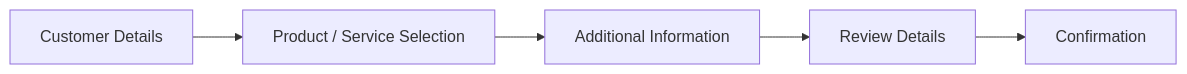
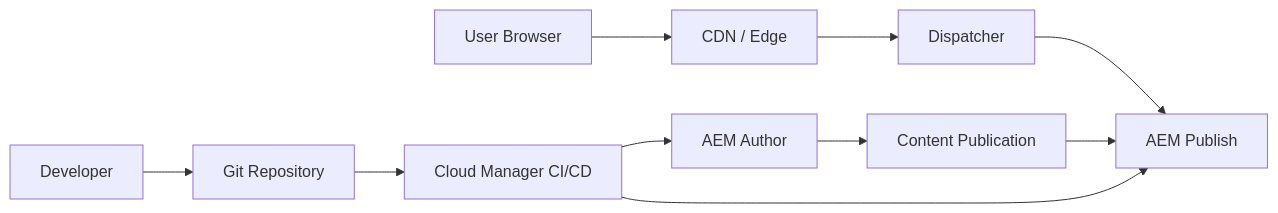
The diagram in README.md (sumanthkiran91/aem-enterprise-development-showcase), drawn with Mermaid before and after one commit. The commit also changed other lines of this file and 133 other files, not shown here.

````diff
--- a/README.md
+++ b/README.md
@@ -12,7 +54,12 @@
 ```mermaid
 flowchart LR
-    A[Customer Details] --> B[Product / Service Selection]
-    B --> C[Additional Information]
-    C --> D[Review Details]
-    D --> E[Confirmation]
+    User[User Browser] --> CDN[CDN / Edge]
+    CDN --> Dispatcher[Dispatcher]
+    Dispatcher --> Publish[AEM Publish]
+    Author[AEM Author] --> Replication[Content Publication]
+    Replication --> Publish
+    Dev[Developer] --> Git[Git Repository]
+    Git --> CloudManager[Cloud Manager CI/CD]
+    CloudManager --> Author
+    CloudManager --> Publish
 ```
````
